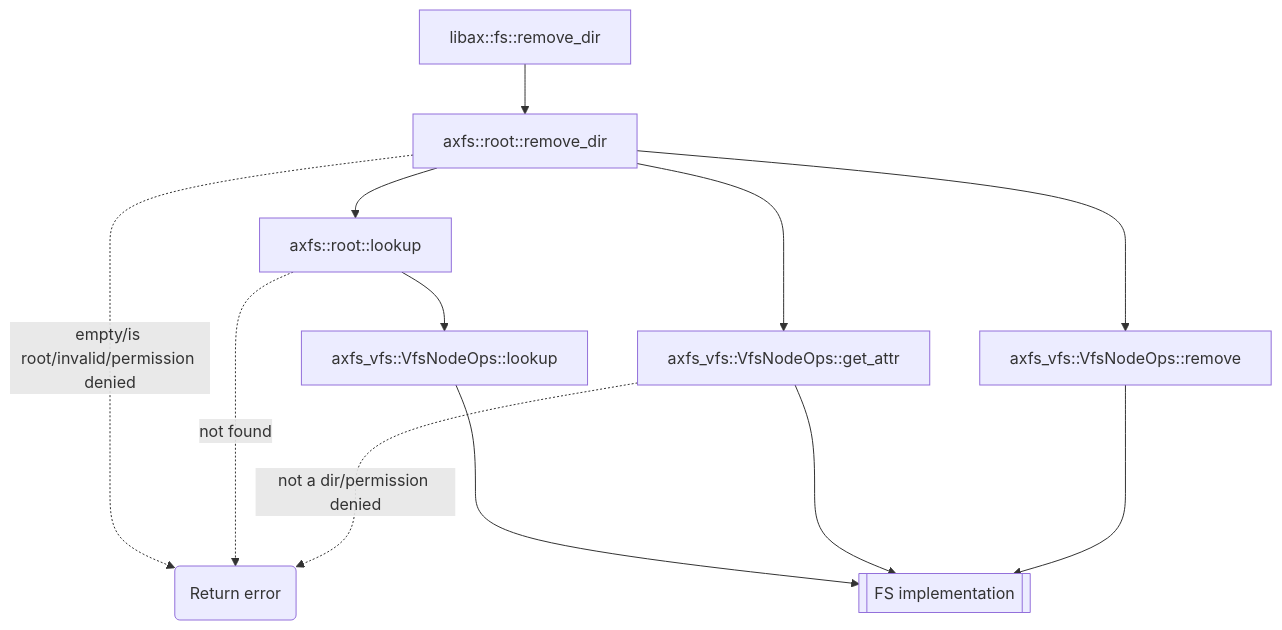
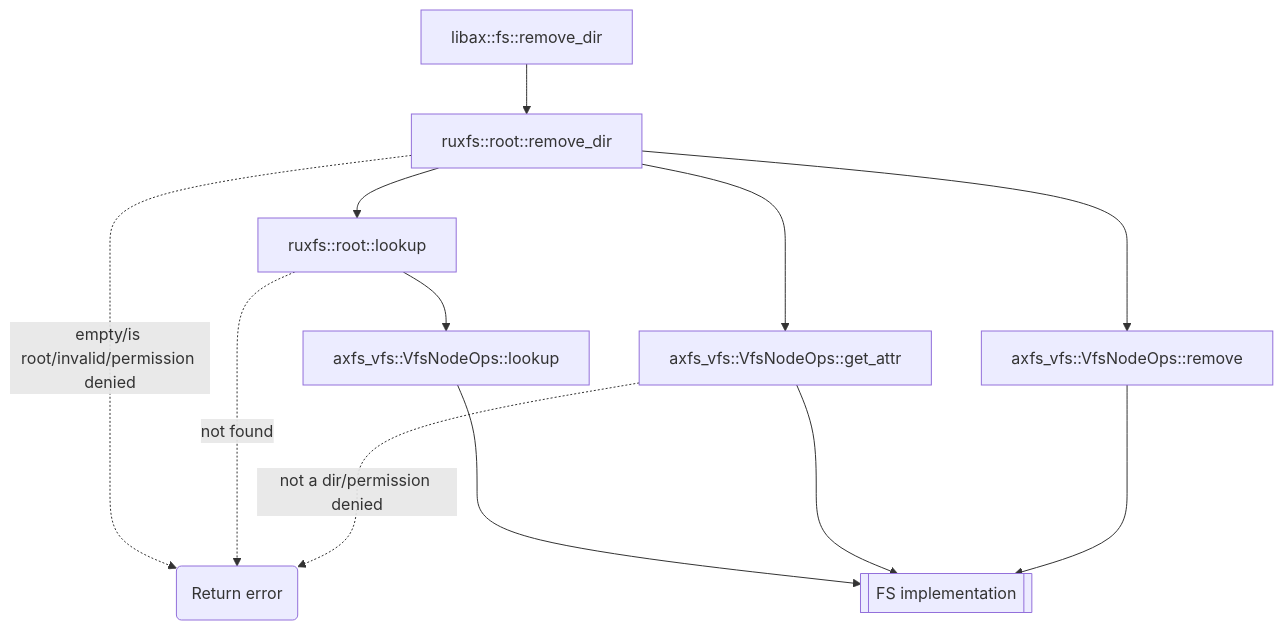
One commit to syswonder/ruxos changed the seventh of 8 diagrams in doc/apps_fs_shell.md. Above: the diagram before and after it, drawn with Mermaid. The commit also changed other lines of this file and 854 other files, not shown here.

````diff
--- a/doc/apps_fs_shell.md
+++ b/doc/apps_fs_shell.md
@@ -281,15 +281,15 @@
 ```mermaid
 graph TD
-	lib_rmdir[libax::fs::remove_dir] --> root_rmdir[axfs::root::remove_dir]
+	lib_rmdir[libax::fs::remove_dir] --> root_rmdir[ruxfs::root::remove_dir]
 
   root_rmdir -.-> |empty/is root/invalid/permission denied| ret_err(Return error)
 
-  root_rmdir --> lookup[axfs::root::lookup] --> vfs_lookup["axfs_vfs::VfsNodeOps::lookup"] ---> fs_impl[[FS implementation]]
+  root_rmdir --> lookup[ruxfs::root::lookup] --> vfs_lookup["axfs_vfs::VfsNodeOps::lookup"] ---> fs_impl[[FS implementation]]
   lookup -...-> |not found| ret_err
 
   root_rmdir --> meta[axfs_vfs::VfsNodeOps::get_attr] --> fs_impl
   meta -..-> |not a dir/permission denied| ret_err
 
   root_rmdir --> remove_[axfs_vfs::VfsNodeOps::remove] ---> fs_impl
 
 ```
````
